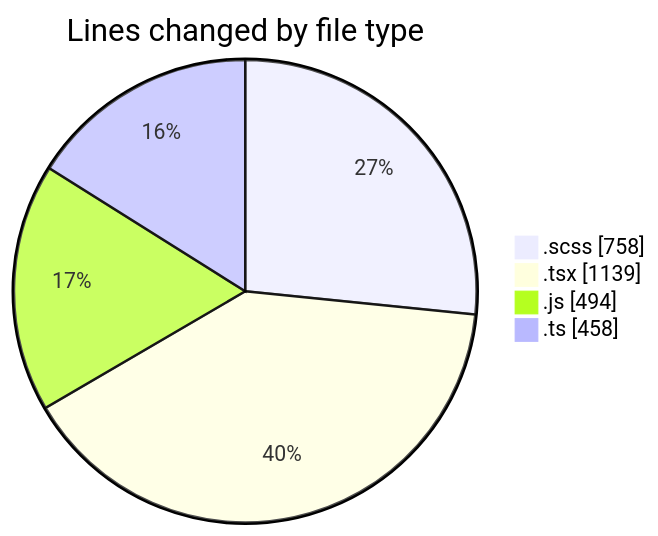
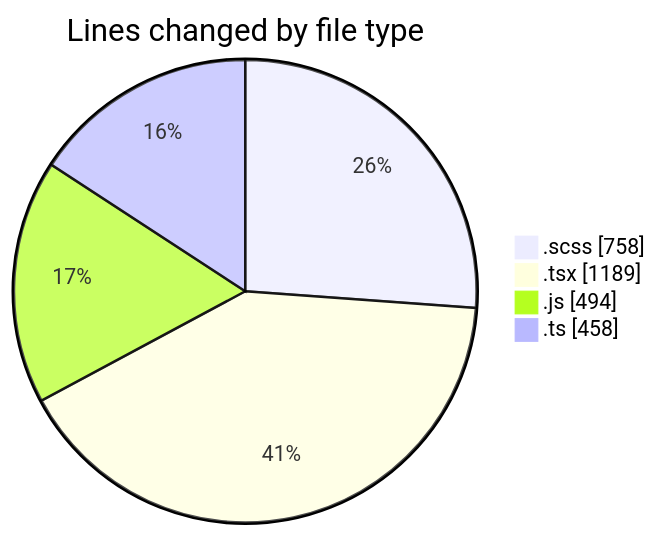
Before and after one commit to momahboobian/code-tracking: the first of 2 diagrams in 2025-03-14/cda/README.md, drawn with Mermaid. The commit also changed other lines of this file and 1 other file, not shown here.

````diff
--- a/2025-03-14/cda/README.md
+++ b/2025-03-14/cda/README.md
@@ -34,8 +34,8 @@
 ```mermaid
 pie showData
 title Lines changed by file type
 ".scss" : 758
-".tsx" : 1139
+".tsx" : 1189
 ".js" : 494
 ".ts" : 458
 ```
````
